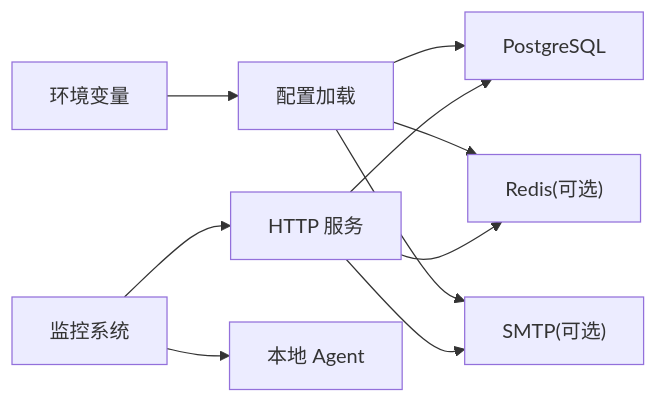
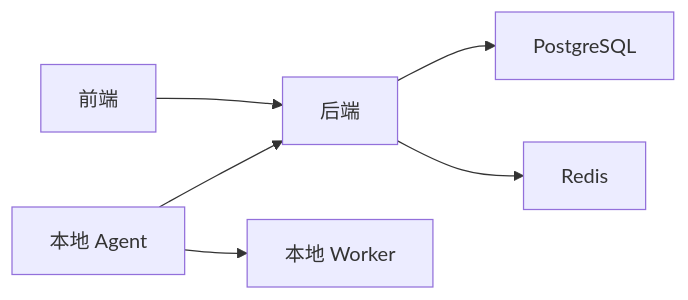
One commit to alvinwangzi/goodhr changed the fourth of 4 diagrams in .qoder/repowiki/zh/content/部署指南/生产环境部署/监控告警与备份恢复.md. Above: the diagram before and after it, drawn with Mermaid. The commit also changed other lines of this file and 149 other files, not shown here.

````diff
--- a/.qoder/repowiki/zh/content/部署指南/生产环境部署/监控告警与备份恢复.md
+++ b/.qoder/repowiki/zh/content/部署指南/生产环境部署/监控告警与备份恢复.md
@@ -276,12 +347,8 @@
 ```mermaid
 graph LR
-Env["环境变量"] --> Cfg["配置加载"]
-Cfg --> DB["PostgreSQL"]
-Cfg --> Cache["Redis(可选)"]
-Cfg --> Mail["SMTP(可选)"]
-Srv["HTTP 服务"] --> DB
-Srv --> Cache
-Srv --> Mail
-Mon["监控系统"] --> Srv
-Mon --> Agent["本地 Agent"]
+FE["前端"] --> BE["后端"]
+BE --> PG["PostgreSQL"]
+BE --> RD["Redis"]
+AG["本地 Agent"] --> BE
+AG --> W["本地 Worker"]
 ```
````
